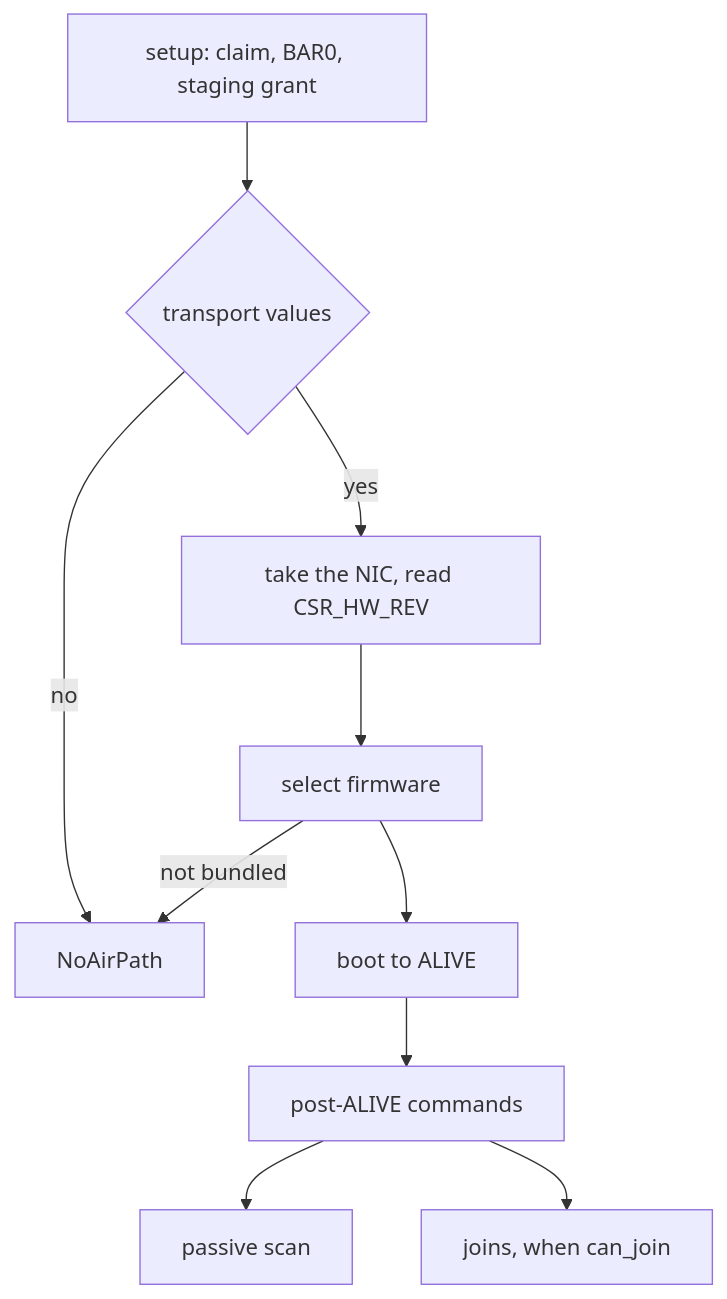
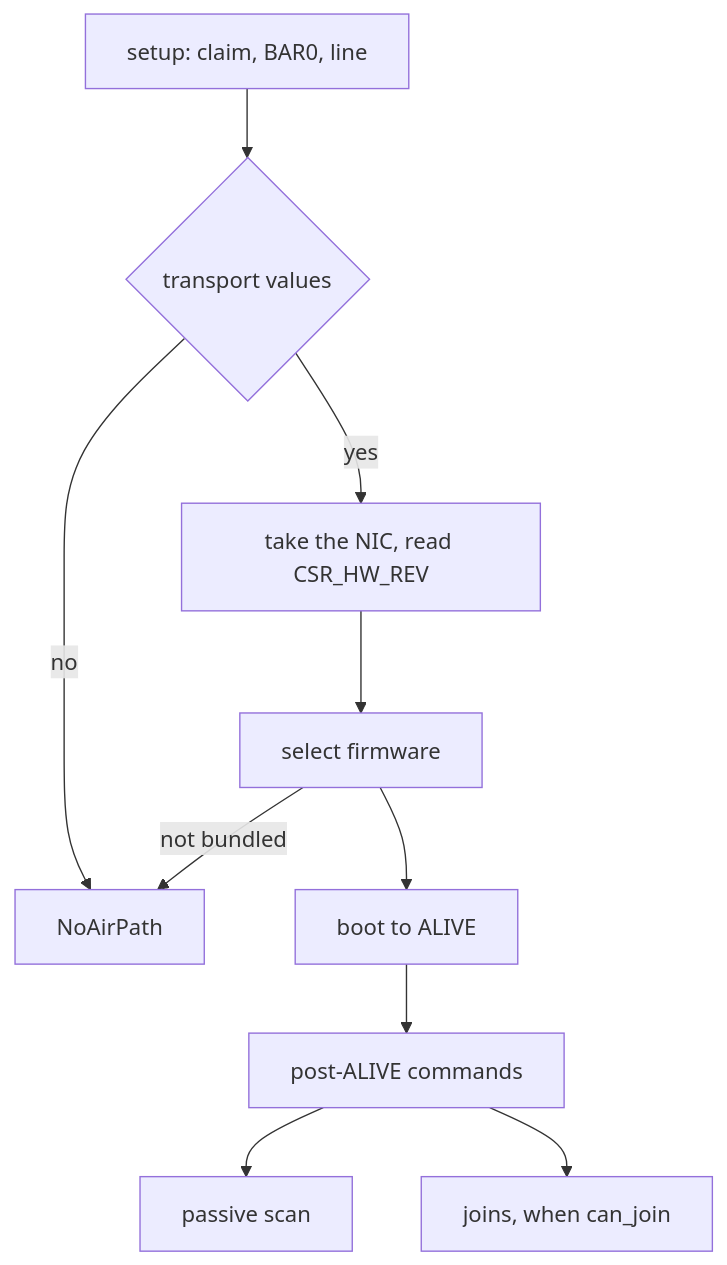
The diagram in docs/drivers/wifi/iwlwifi/bring-up.md (NON-OS/microkernel), drawn with Mermaid before and after one commit. The commit also changed other lines of this file and 3 other files, not shown here.

First line of the commit message:
docs: the iwlwifi page without the staging grant, NIWF or old images

````diff
--- a/docs/drivers/wifi/iwlwifi/bring-up.md
+++ b/docs/drivers/wifi/iwlwifi/bring-up.md
@@ -17,12 +17,12 @@
 ```mermaid
 flowchart TD
-  Setup["setup: claim, BAR0, staging grant"] --> Check{"transport values"}
+  Setup["setup: claim, BAR0, line"] --> Check{"transport values"}
   Check -- no --> NoAir["NoAirPath"]
   Check -- yes --> Take["take the NIC, read CSR_HW_REV"]
   Take --> Pick["select firmware"]
   Pick -- not bundled --> NoAir
   Pick --> Boot["boot to ALIVE"]
   Boot --> Up["post-ALIVE commands"]
   Up --> Scan["passive scan"]
   Up --> Join["joins, when can_join"]
 ```
````
